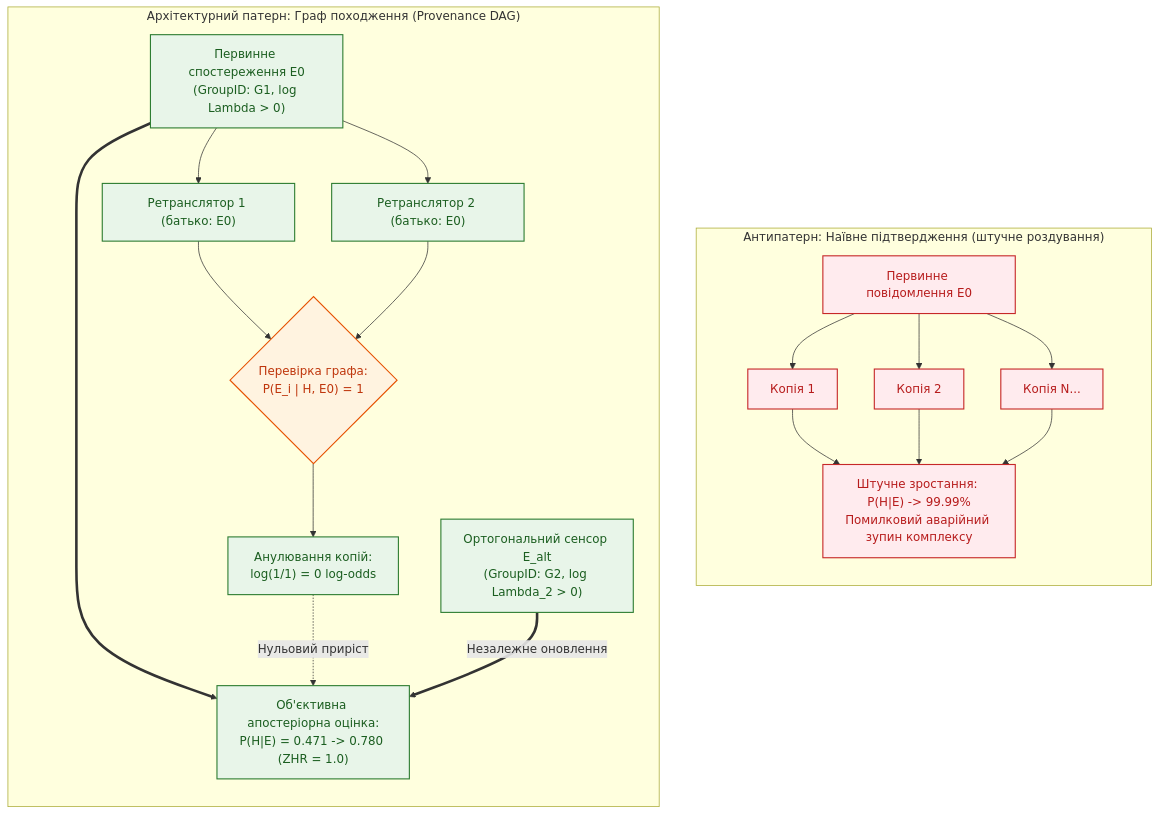
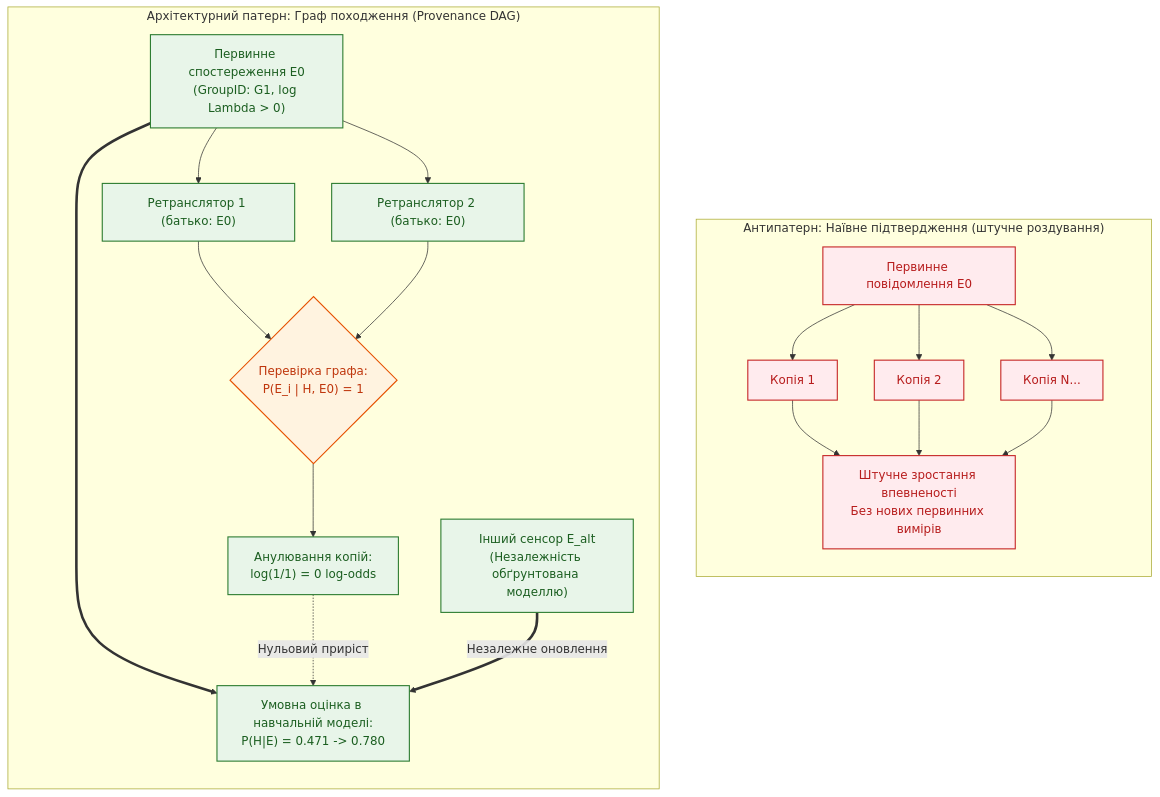
One commit to nick-fedchik/articles changed the third of 6 diagrams in ExpertSystem/ch37-input-information-assessment-and-algorithmic-skepticism.md. Above: the diagram before and after it, drawn with Mermaid. The commit also changed other lines of this file and 7 other files, not shown here.

````diff
--- a/ExpertSystem/ch37-input-information-assessment-and-algorithmic-skepticism.md
+++ b/ExpertSystem/ch37-input-information-assessment-and-algorithmic-skepticism.md
@@ -437,47 +524,47 @@
 ```mermaid
 flowchart TD
     accTitle: Придушення інформаційного відлуння на графі походження
     accDescr: Порівняння наївного сумування залежних копій та детермінованого анулювання шансів на графі походження.
 
     subgraph NAIVE["Антипатерн: Наївне підтвердження (штучне роздування)"]
         direction TB
         E0_N["Первинне повідомлення E0"]
         C1["Копія 1"]
         C2["Копія 2"]
         C3["Копія N..."]
-        SUM_N["Штучне зростання: P(H|E) -> 99.99%<br/>Помилковий аварійний зупин комплексу"]
+        SUM_N["Штучне зростання впевненості<br/>Без нових первинних вимірів"]
 
         E0_N --> C1
         E0_N --> C2
         E0_N --> C3
         C1 --> SUM_N
         C2 --> SUM_N
         C3 --> SUM_N
     end
 
     subgraph PROVENANCE["Архітектурний патерн: Граф походження (Provenance DAG)"]
         direction TB
         E0_P["Первинне спостереження E0<br/>(GroupID: G1, log Lambda > 0)"]
         REP1["Ретранслятор 1 (батько: E0)"]
         REP2["Ретранслятор 2 (батько: E0)"]
         COLLAPSE{"Перевірка графа:<br/>P(E_i | H, E0) = 1"}
         ZERO["Анулювання копій:<br/>log(1/1) = 0 log-odds"]
-        INDEP["Ортогональний сенсор E_alt<br/>(GroupID: G2, log Lambda_2 > 0)"]
-        RESULT["Об'єктивна апостеріорна оцінка:<br/>P(H|E) = 0.471 -> 0.780 (ZHR = 1.0)"]
+        INDEP["Інший сенсор E_alt<br/>(Незалежність обґрунтована моделлю)"]
+        RESULT["Умовна оцінка в навчальній моделі:<br/>P(H|E) = 0.471 -> 0.780"]
 
         E0_P --> REP1 --> COLLAPSE
         E0_P --> REP2 --> COLLAPSE
         COLLAPSE --> ZERO
         E0_P ==> RESULT
         ZERO -.->|"Нульовий приріст"| RESULT
         INDEP ==>|"Незалежне оновлення"| RESULT
     end
 
     classDef naiveStyle fill:#ffebee,stroke:#c62828,stroke-width:1.5px,color:#b71c1c;
     classDef provStyle fill:#e8f5e9,stroke:#2e7d32,stroke-width:1.5px,color:#1b5e20;
     classDef gateStyle fill:#fff3e0,stroke:#e65100,stroke-width:1.5px,color:#bf360c;
 
     class E0_N,C1,C2,C3,SUM_N naiveStyle;
     class E0_P,REP1,REP2,ZERO,INDEP,RESULT provStyle;
     class COLLAPSE gateStyle;
 ```
````
